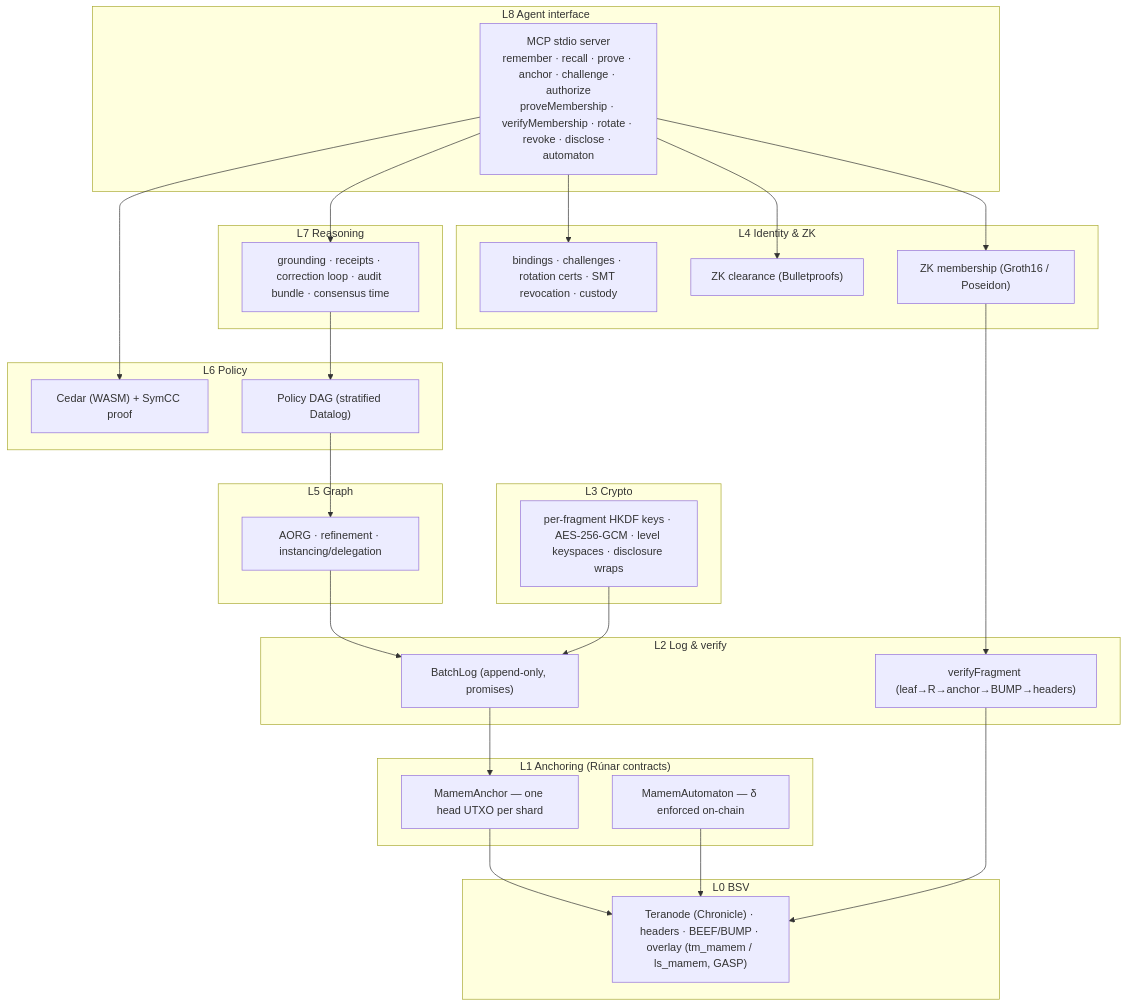
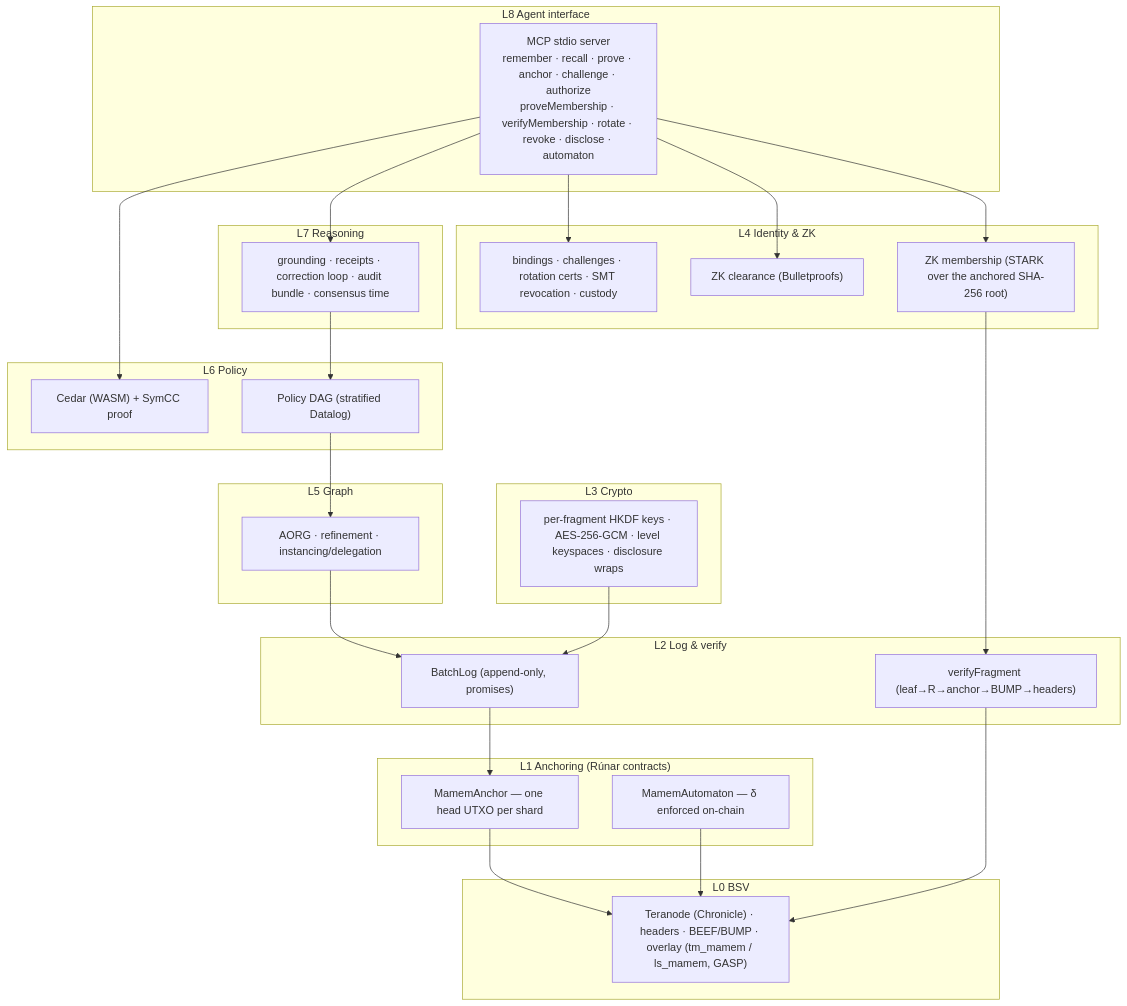
Before and after one commit to kryptokrates/nektar: the first of 14 diagrams in docs/ARCHITECTURE.md, drawn with Mermaid. The commit also changed other lines of this file and 9 other files, not shown here.

````diff
--- a/docs/ARCHITECTURE.md
+++ b/docs/ARCHITECTURE.md
@@ -7,44 +7,44 @@
 ```mermaid
 flowchart TB
   subgraph L8["L8 Agent interface"]
     MCP["MCP stdio server<br/>remember · recall · prove · anchor · challenge · authorize<br/>proveMembership · verifyMembership · rotate · revoke · disclose · automaton"]
   end
   subgraph L7["L7 Reasoning"]
     RS["grounding · receipts · correction loop · audit bundle · consensus time"]
   end
   subgraph L6["L6 Policy"]
     CED["Cedar (WASM) + SymCC proof"]
     DAG["Policy DAG (stratified Datalog)"]
   end
   subgraph L5["L5 Graph"]
     AORG["AORG · refinement · instancing/delegation"]
   end
   subgraph L4["L4 Identity & ZK"]
     ID["bindings · challenges · rotation certs · SMT revocation · custody"]
     ZKA["ZK clearance (Bulletproofs)"]
-    ZKM["ZK membership (Groth16 / Poseidon)"]
+    ZKM["ZK membership (STARK over the anchored SHA-256 root)"]
   end
   subgraph L3["L3 Crypto"]
     CR["per-fragment HKDF keys · AES-256-GCM · level keyspaces · disclosure wraps"]
   end
   subgraph L2["L2 Log & verify"]
     LOG["BatchLog (append-only, promises)"]
     VER["verifyFragment (leaf→R→anchor→BUMP→headers)"]
   end
   subgraph L1["L1 Anchoring (Rúnar contracts)"]
     ANC["MamemAnchor — one head UTXO per shard"]
     AUT["MamemAutomaton — δ enforced on-chain"]
   end
   subgraph L0["L0 BSV"]
     TN["Teranode (Chronicle) · headers · BEEF/BUMP · overlay (tm_mamem / ls_mamem, GASP)"]
   end
   MCP --> RS --> DAG --> AORG
   MCP --> CED
   MCP --> ZKA & ZKM & ID
   AORG --> LOG
   CR --> LOG
   LOG --> ANC --> TN
   AUT --> TN
   VER --> TN
   ZKM --> VER
 ```
````
